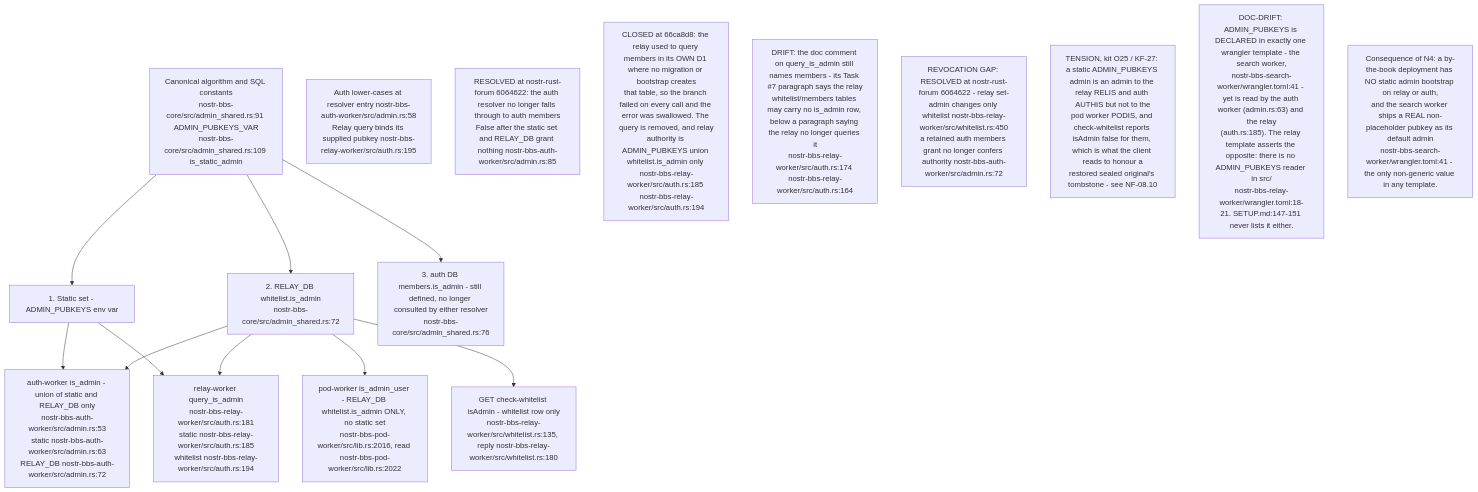
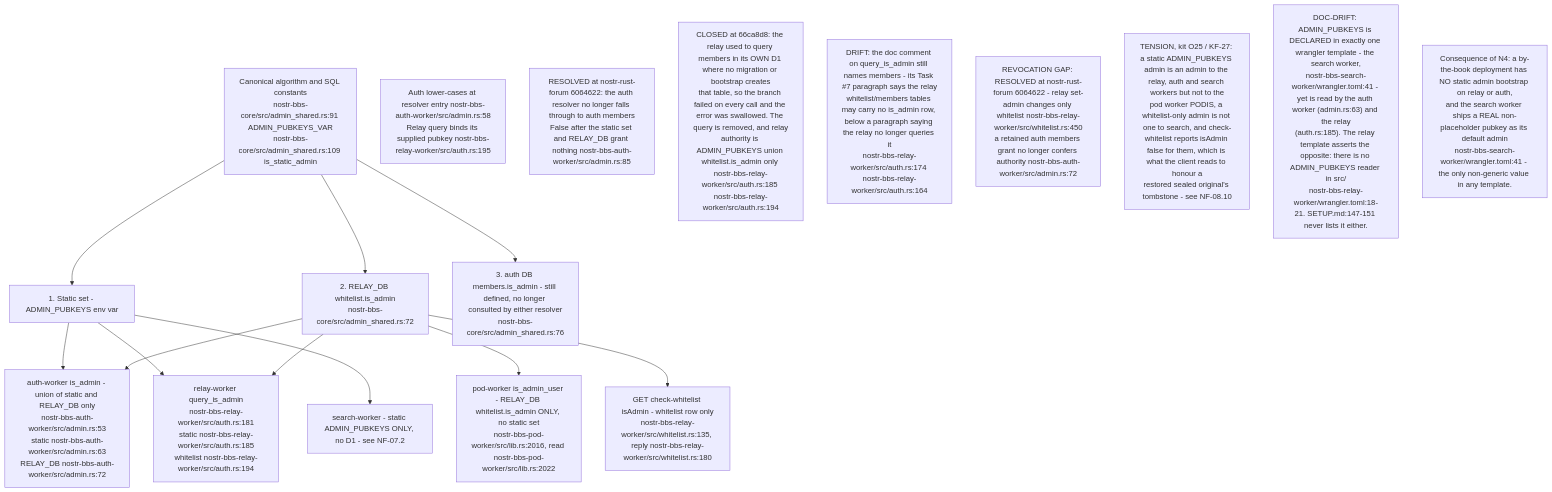
The seventh of 11 diagrams in docs/diagrams/nostr-rust-forum/08-config-zones-stores-and-admin-authority.md (DreamLab-AI/VisionFlow), drawn with Mermaid before and after one commit. The commit also changed other lines of this file and 1 other file, not shown here.

Commit message:
docs(diagrams): NF-07 re-stamped at af4f0d5; NF-08.7 names the search resolver

````diff
--- a/docs/diagrams/nostr-rust-forum/08-config-zones-stores-and-admin-authority.md
+++ b/docs/diagrams/nostr-rust-forum/08-config-zones-stores-and-admin-authority.md
@@ -263,27 +263,29 @@
 ```mermaid
 flowchart TB
     CANON["Canonical algorithm and SQL constants<br/>nostr-bbs-core/src/admin_shared.rs:91 ADMIN_PUBKEYS_VAR<br/>nostr-bbs-core/src/admin_shared.rs:109 is_static_admin"]
     S1["1. Static set - ADMIN_PUBKEYS env var"]
     S2["2. RELAY_DB whitelist.is_admin<br/>nostr-bbs-core/src/admin_shared.rs:72"]
     S3["3. auth DB members.is_admin - still defined, no longer consulted by either resolver<br/>nostr-bbs-core/src/admin_shared.rs:76"]
     AUTHIS["auth-worker is_admin - union of static and RELAY_DB only<br/>nostr-bbs-auth-worker/src/admin.rs:53<br/>static nostr-bbs-auth-worker/src/admin.rs:63<br/>RELAY_DB nostr-bbs-auth-worker/src/admin.rs:72"]
     RELIS["relay-worker query_is_admin<br/>nostr-bbs-relay-worker/src/auth.rs:181<br/>static nostr-bbs-relay-worker/src/auth.rs:185<br/>whitelist nostr-bbs-relay-worker/src/auth.rs:194"]
 
     PODIS["pod-worker is_admin_user - RELAY_DB whitelist.is_admin ONLY, no static set<br/>nostr-bbs-pod-worker/src/lib.rs:2016, read nostr-bbs-pod-worker/src/lib.rs:2022"]
     CHK["GET check-whitelist isAdmin - whitelist row only<br/>nostr-bbs-relay-worker/src/whitelist.rs:135, reply nostr-bbs-relay-worker/src/whitelist.rs:180"]
 
     CANON --> S1 & S2 & S3
     S1 & S2 --> AUTHIS
     S1 & S2 --> RELIS
+    SRCHIS["search-worker - static ADMIN_PUBKEYS ONLY, no D1 - see NF-07.2"]
     S2 --> PODIS
+    S1 --> SRCHIS
     S2 --> CHK
 
     N1["Auth lower-cases at resolver entry nostr-bbs-auth-worker/src/admin.rs:58<br/>Relay query binds its supplied pubkey nostr-bbs-relay-worker/src/auth.rs:195"]
     N2["RESOLVED at nostr-rust-forum 6064622: the auth resolver no longer falls through to auth members<br/>False after the static set and RELAY_DB grant nothing nostr-bbs-auth-worker/src/admin.rs:85"]
     N3["CLOSED at 66ca8d8: the relay used to query members in its OWN D1 where no migration or bootstrap creates<br/>that table, so the branch failed on every call and the error was swallowed. The query is removed, and relay<br/>authority is ADMIN_PUBKEYS union whitelist.is_admin only nostr-bbs-relay-worker/src/auth.rs:185 nostr-bbs-relay-worker/src/auth.rs:194"]
     N3B["DRIFT: the doc comment on query_is_admin still names members - its Task #7 paragraph says the relay<br/>whitelist/members tables may carry no is_admin row, below a paragraph saying the relay no longer queries it<br/>nostr-bbs-relay-worker/src/auth.rs:174 nostr-bbs-relay-worker/src/auth.rs:164"]
     N3C["REVOCATION GAP: RESOLVED at nostr-rust-forum 6064622 - relay set-admin changes only whitelist nostr-bbs-relay-worker/src/whitelist.rs:450<br/>a retained auth members grant no longer confers authority nostr-bbs-auth-worker/src/admin.rs:72"]
-    N6["TENSION, kit O25 / KF-27: a static ADMIN_PUBKEYS admin is an admin to the relay RELIS and auth AUTHIS but not to the<br/>pod worker PODIS, and check-whitelist reports isAdmin false for them, which is what the client reads to honour a<br/>restored sealed original's tombstone - see NF-08.10"]
+    N6["TENSION, kit O25 / KF-27: a static ADMIN_PUBKEYS admin is an admin to the relay, auth and search workers but not to the<br/>pod worker PODIS, a whitelist-only admin is not one to search, and check-whitelist reports isAdmin false for them, which is what the client reads to honour a<br/>restored sealed original's tombstone - see NF-08.10"]
     N4["DOC-DRIFT: ADMIN_PUBKEYS is DECLARED in exactly one wrangler template - the search worker,<br/>nostr-bbs-search-worker/wrangler.toml:41 - yet is read by the auth worker (admin.rs:63) and the relay<br/>(auth.rs:185). The relay template asserts the opposite: there is no ADMIN_PUBKEYS reader in src/<br/>nostr-bbs-relay-worker/wrangler.toml:18-21. SETUP.md:147-151 never lists it either."]
     N5["Consequence of N4: a by-the-book deployment has NO static admin bootstrap on relay or auth,<br/>and the search worker ships a REAL non-placeholder pubkey as its default admin<br/>nostr-bbs-search-worker/wrangler.toml:41 - the only non-generic value in any template."]
 ```
````
